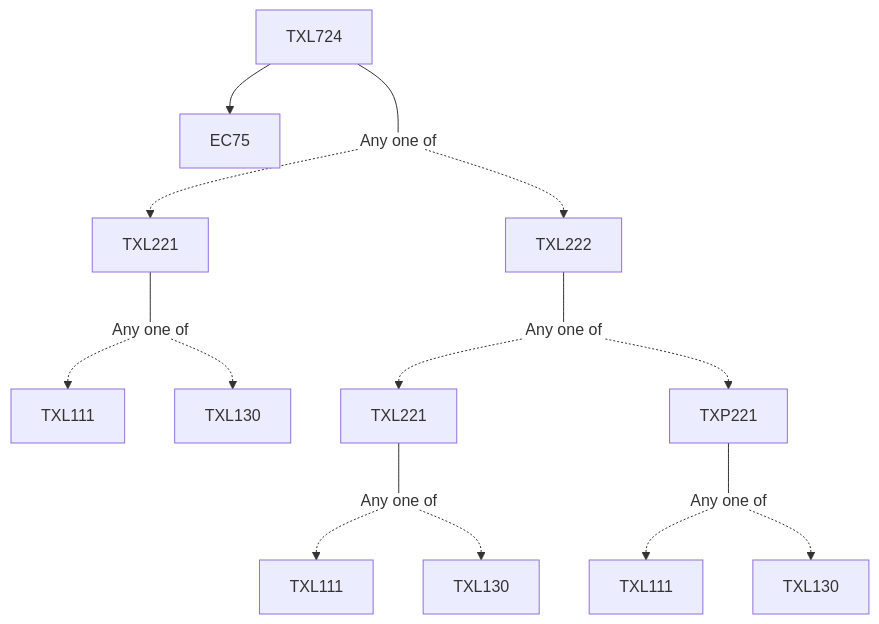
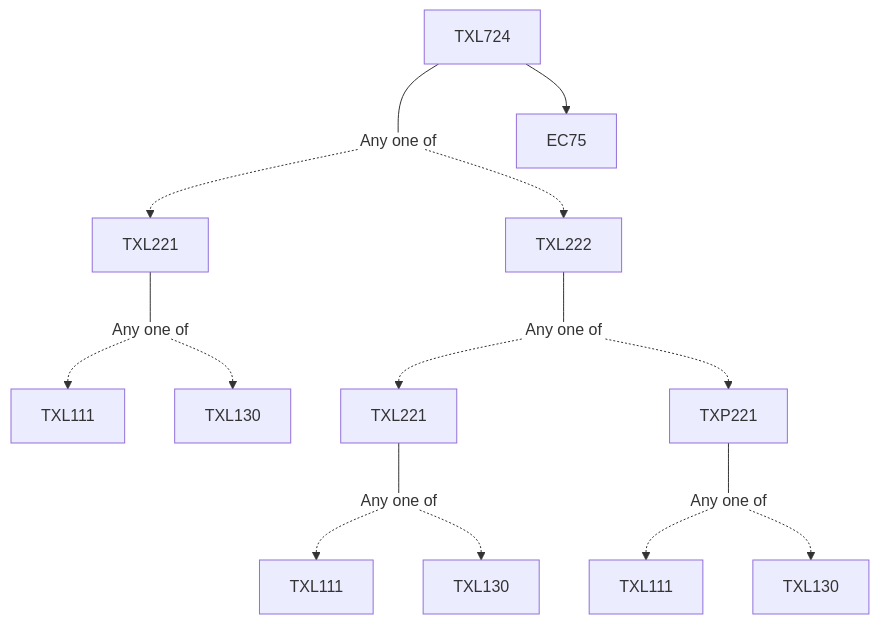
One commit to KeshavBansal0122/CoS_Website changed the diagram in content/Textile and Fibre Engineering/TXL724.md. Above: the diagram before and after it, drawn with Mermaid. The commit also changed other lines of this file and 2667 other files, not shown here.

````diff
--- a/content/Textile and Fibre Engineering/TXL724.md
+++ b/content/Textile and Fibre Engineering/TXL724.md
@@ -17,23 +15,23 @@
 ```mermaid
 flowchart TD
-TXL724-481[TXL724]
-TXL724-481 --> EC75-481[EC75]
-TXL724-481 --- Or482[Any one of]:::empty
-Or482 -.-> TXL221-483[TXL221]
-TXL221-483 --- Or484[Any one of]:::empty
-Or484 -.-> TXL111-485[TXL111]
-Or484 -.-> TXL130-486[TXL130]
-Or482 -.-> TXL222-487[TXL222]
-TXL222-487 --- Or488[Any one of]:::empty
-Or488 -.-> TXL221-489[TXL221]
-TXL221-489 --- Or490[Any one of]:::empty
-Or490 -.-> TXL111-491[TXL111]
-Or490 -.-> TXL130-492[TXL130]
-TXP221-493 --- Or494[Any one of]:::empty
-Or494 -.-> TXL111-495[TXL111]
-Or494 -.-> TXL130-496[TXL130]
-Or488 -.-> TXP221-493[TXP221]
+TXL724-1703[TXL724]
+TXL724-1703 --- Or1704[Any one of]:::empty
+TXL221-1705 --- Or1706[Any one of]:::empty
+Or1706 -.-> TXL111-1707[TXL111]
+Or1706 -.-> TXL130-1708[TXL130]
+Or1704 -.-> TXL221-1705[TXL221]
+Or1704 -.-> TXL222-1709[TXL222]
+TXL222-1709 --- Or1710[Any one of]:::empty
+TXL221-1711 --- Or1712[Any one of]:::empty
+Or1712 -.-> TXL111-1713[TXL111]
+Or1712 -.-> TXL130-1714[TXL130]
+Or1710 -.-> TXL221-1711[TXL221]
+TXP221-1715 --- Or1716[Any one of]:::empty
+Or1716 -.-> TXL111-1717[TXL111]
+Or1716 -.-> TXL130-1718[TXL130]
+Or1710 -.-> TXP221-1715[TXP221]
+TXL724-1703 --> EC75-1703[EC75]
 
 classDef empty height:17px, fill:transparent, stroke:transparent;
 classDef trueEmpty height:0px, width:0px;
 ```
````
